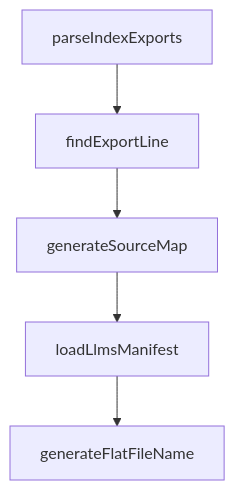
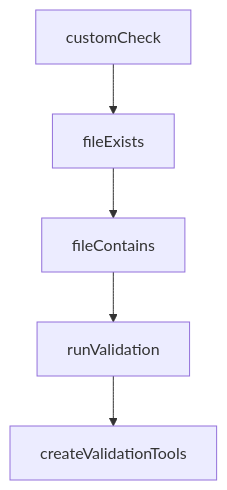
One commit to johnxie/awesome-code-docs changed the diagram in tutorials/mastra-tutorial/04-workflows-and-control-flow.md. Above: the diagram before and after it, drawn with Mermaid. The commit also changed other lines of this file and 1232 other files, not shown here.

````diff
--- a/tutorials/mastra-tutorial/04-workflows-and-control-flow.md
+++ b/tutorials/mastra-tutorial/04-workflows-and-control-flow.md
@@ -218,12 +216,12 @@
 ```mermaid
 flowchart TD
-    A[parseIndexExports]
-    B[findExportLine]
-    C[generateSourceMap]
-    D[loadLlmsManifest]
-    E[generateFlatFileName]
+    A[customCheck]
+    B[fileExists]
+    C[fileContains]
+    D[runValidation]
+    E[createValidationTools]
     A --> B
     B --> C
     C --> D
     D --> E
 ```
````
